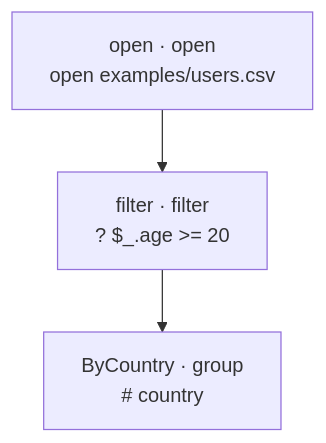
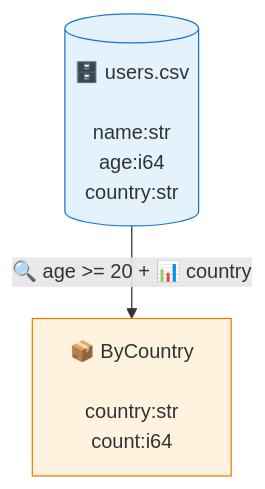
One commit to sm06224/Rivus changed the diagram in examples/literate.riv.md. Above: the diagram before and after it, drawn with Mermaid. The commit also changed other lines of this file and 3 other files, not shown here.

````diff
--- a/examples/literate.riv.md
+++ b/examples/literate.riv.md
@@ -41,8 +41,8 @@
 ```mermaid
 flowchart TD
-  n0["open · open<br/>open examples/users.csv"]
-  n1["filter · filter<br/> ? $_.age &gt;= 20"]
-  n2["ByCountry · group<br/> # country"]
-  n0 --> n1
-  n1 --> n2
+  n0[("🗄️ users.csv<br/><br/>name:str<br/>age:i64<br/>country:str")]:::src
+  n2["📦 ByCountry<br/><br/>country:str<br/>count:i64"]:::mid
+  n0 -->|"🔍 age &gt;= 20 + 📊 country"| n2
+  classDef src fill:#e3f2fd,stroke:#1976d2
+  classDef mid fill:#fff3e0,stroke:#f57c00
 ```
````
